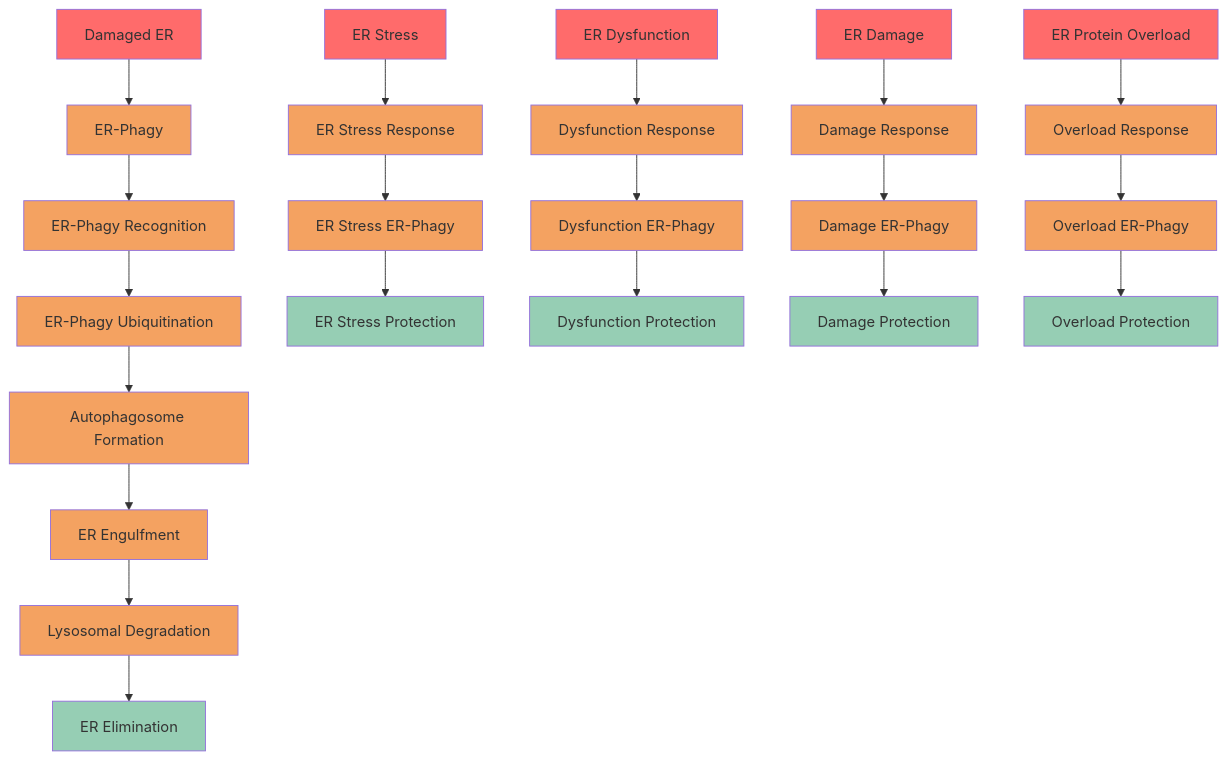
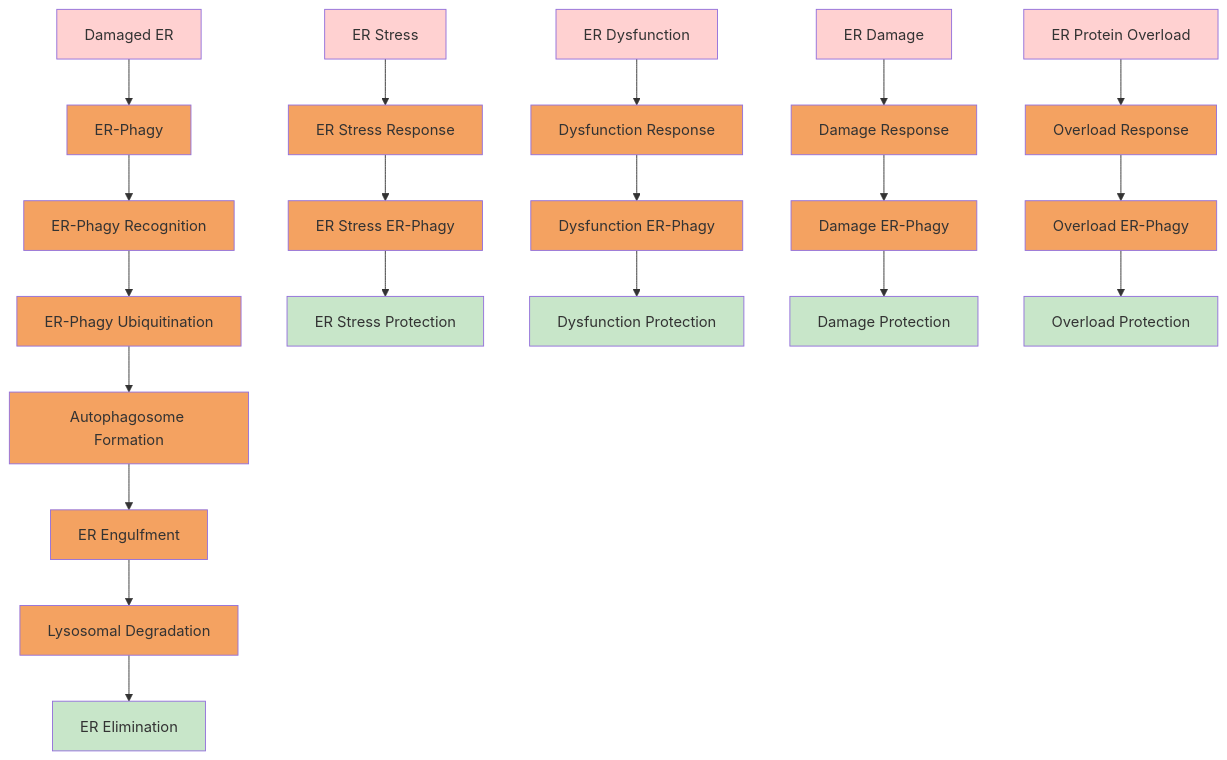
One commit to garywelz/glmp changed the diagram in docs/paper/community/contributions/new_charts/batch15_08_er_phagy.mmd. Above: the diagram before and after it, drawn with Mermaid. The commit also changed 251 other files, not shown here.

Commit message:
Update color scheme for biological process flowcharts

```diff
--- a/docs/paper/community/contributions/new_charts/batch15_08_er_phagy.mmd
+++ b/docs/paper/community/contributions/new_charts/batch15_08_er_phagy.mmd
@@ -1,49 +1,49 @@
 graph TD
     A[Damaged ER] --> B[ER-Phagy]
     B --> C[ER-Phagy Recognition]
     C --> D[ER-Phagy Ubiquitination]
     D --> E[Autophagosome Formation]
     E --> F[ER Engulfment]
     F --> G[Lysosomal Degradation]
     G --> H[ER Elimination]
     
     I[ER Stress] --> J[ER Stress Response]
     J --> K[ER Stress ER-Phagy]
     K --> L[ER Stress Protection]
     
     M[ER Dysfunction] --> N[Dysfunction Response]
     N --> O[Dysfunction ER-Phagy]
     O --> P[Dysfunction Protection]
     
     Q[ER Damage] --> R[Damage Response]
     R --> S[Damage ER-Phagy]
     S --> T[Damage Protection]
     
     U[ER Protein Overload] --> V[Overload Response]
     V --> W[Overload ER-Phagy]
     W --> X[Overload Protection]
     
-    style A fill:#ff6b6b
+    style A fill:#ffd1d1
     style B fill:#f4a261
     style C fill:#f4a261
     style D fill:#f4a261
     style E fill:#f4a261
     style F fill:#f4a261
     style G fill:#f4a261
-    style H fill:#96ceb4
-    style I fill:#ff6b6b
+    style H fill:#c8e6c9
+    style I fill:#ffd1d1
     style J fill:#f4a261
     style K fill:#f4a261
-    style L fill:#96ceb4
-    style M fill:#ff6b6b
+    style L fill:#c8e6c9
+    style M fill:#ffd1d1
     style N fill:#f4a261
     style O fill:#f4a261
-    style P fill:#96ceb4
-    style Q fill:#ff6b6b
+    style P fill:#c8e6c9
+    style Q fill:#ffd1d1
     style R fill:#f4a261
     style S fill:#f4a261
-    style T fill:#96ceb4
-    style U fill:#ff6b6b
+    style T fill:#c8e6c9
+    style U fill:#ffd1d1
     style V fill:#f4a261
     style W fill:#f4a261
-    style X fill:#96ceb4
+    style X fill:#c8e6c9
```
